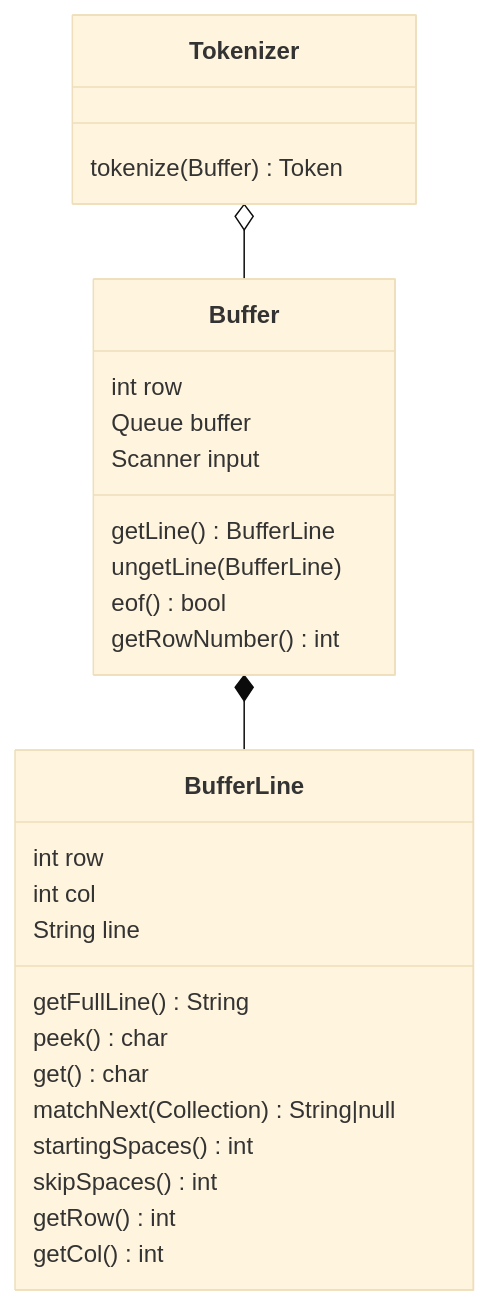
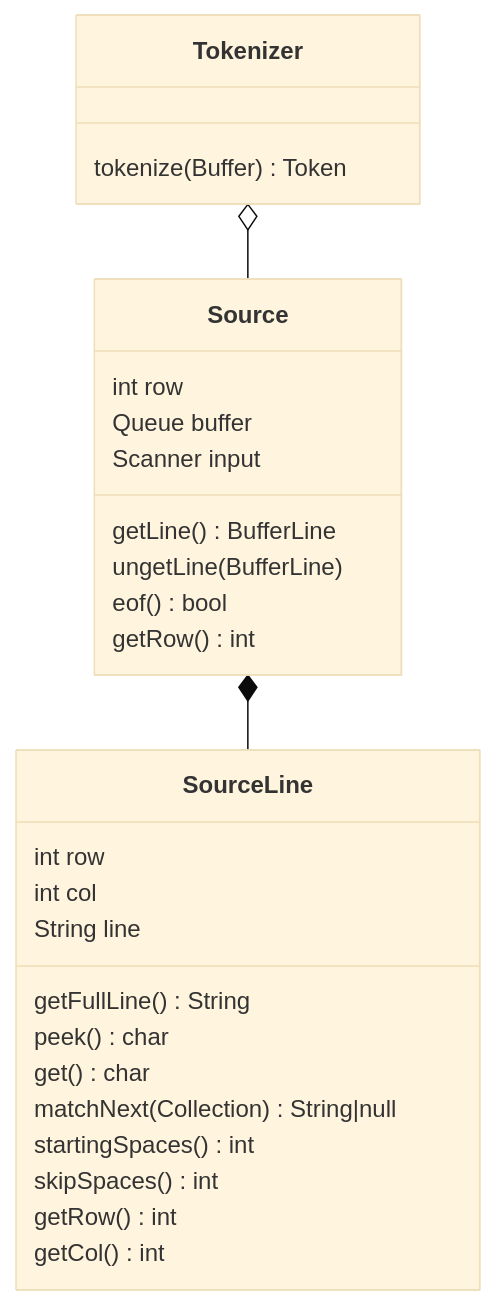
One commit to Jzhyang1/Monomer changed the first of 8 diagrams in Implementation.md. Above: the diagram before and after it, drawn with Mermaid (base theme). The commit also changed other lines of this file, not shown here.

Commit message:
Implementation.md updated from https://stackedit.io/

````diff
--- a/Implementation.md
+++ b/Implementation.md
@@ -58,27 +58,27 @@
 ```mermaid
 classDiagram
-Tokenizer o-- Buffer
-Buffer *-- BufferLine
+Tokenizer o-- Source
+Source *-- SourceLine
 
 Tokenizer: tokenize(Buffer) Token
 
-Buffer: int row
-Buffer: Queue buffer
-Buffer: Scanner input
-Buffer: getLine() BufferLine
-Buffer: ungetLine(BufferLine)
-Buffer: eof() bool
-Buffer: getRowNumber() int
+Source: int row
+Source: Queue buffer
+Source: Scanner input
+Source: getLine() BufferLine
+Source: ungetLine(BufferLine)
+Source: eof() bool
+Source: getRow() int
 
-BufferLine: int row
-BufferLine: int col
-BufferLine: String line
-BufferLine: getFullLine() String
-BufferLine: peek() char
-BufferLine: get() char
-BufferLine: matchNext(Collection<String>) String|null
-BufferLine: startingSpaces() int
-BufferLine: skipSpaces() int
-BufferLine: getRow() int
-BufferLine: getCol() int
+SourceLine: int row
+SourceLine: int col
+SourceLine: String line
+SourceLine: getFullLine() String
+SourceLine: peek() char
+SourceLine: get() char
+SourceLine: matchNext(Collection<String>) String|null
+SourceLine: startingSpaces() int
+SourceLine: skipSpaces() int
+SourceLine: getRow() int
+SourceLine: getCol() int
 ```
````
